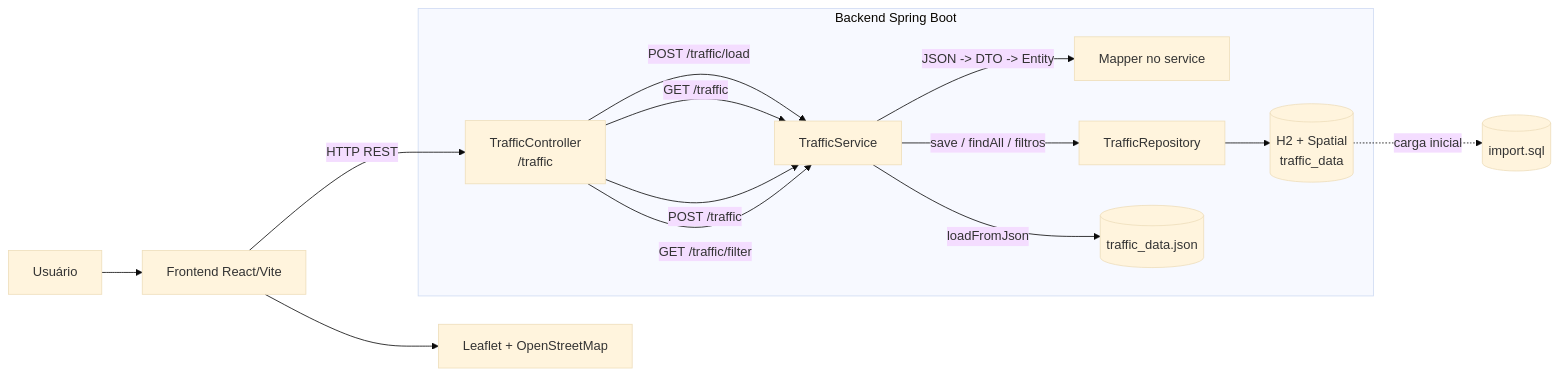
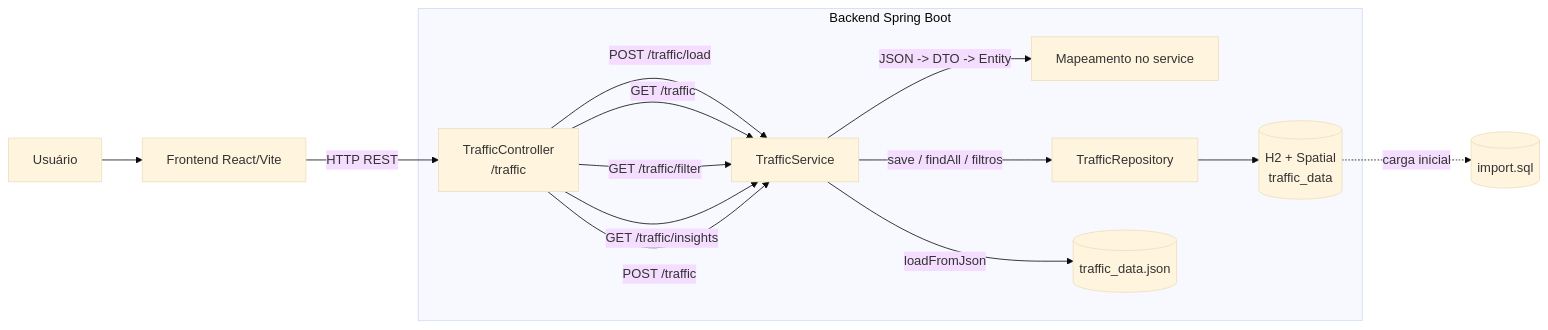
The diagram in README.md (No-Country-simulation/S03-26-Equipe-26-Web-App-Development), drawn with Mermaid (base theme) before and after one commit. The commit also changed other lines of this file and 1 other file, not shown here.

````diff
--- a/README.md
+++ b/README.md
@@ -52,20 +53,20 @@
 ```mermaid
 flowchart LR
     U[Usuário] --> F[Frontend React/Vite]
     F -->|HTTP REST| C[TrafficController<br/>/traffic]
 
     subgraph API["Backend Spring Boot"]
         C -->|POST /traffic/load| S[TrafficService]
         C -->|GET /traffic| S
+        C -->|GET /traffic/filter| S
+        C -->|GET /traffic/insights| S
         C -->|POST /traffic| S
-        C -->|GET /traffic/filter| S
 
-        S -->|JSON -> DTO -> Entity| M[Mapper no service]
+        S -->|JSON -> DTO -> Entity| M[Mapeamento no service]
         S -->|save / findAll / filtros| R[TrafficRepository]
         S -->|loadFromJson| J[(traffic_data.json)]
         R --> D[(H2 + Spatial<br/>traffic_data)]
     end
 
-    F --> L[Leaflet + OpenStreetMap]
     D -. carga inicial .-> SQL[(import.sql)]
 ```
````
